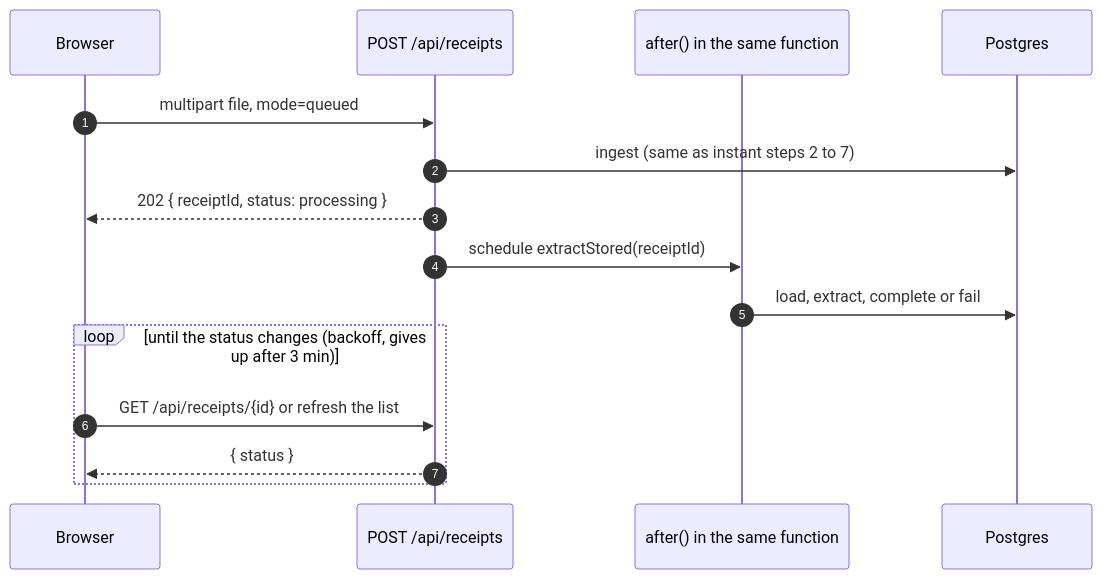
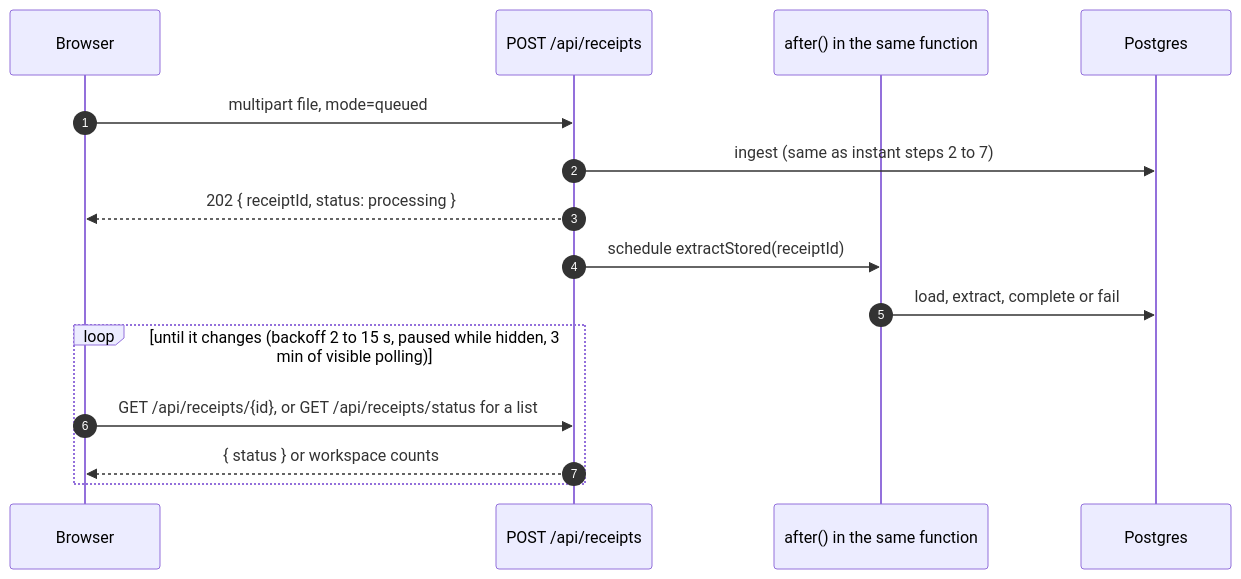
One commit to bhimrazy/receipt-ocr-app changed the second of 3 diagrams in docs/architecture/flows/upload-and-extraction.md. Above: the diagram before and after it, drawn with Mermaid. The commit also changed other lines of this file and 9 other files, not shown here.

First line of the commit message:
docs(architecture): apply accuracy review, cover #31 and #32

````diff
--- a/docs/architecture/flows/upload-and-extraction.md
+++ b/docs/architecture/flows/upload-and-extraction.md
@@ -85,18 +85,18 @@
 ```mermaid
 sequenceDiagram
   autonumber
   participant B as Browser
   participant R as POST /api/receipts
   participant A as after() in the same function
   participant DB as Postgres
 
   B->>R: multipart file, mode=queued
   R->>DB: ingest (same as instant steps 2 to 7)
   R-->>B: 202 { receiptId, status: processing }
   R->>A: schedule extractStored(receiptId)
   A->>DB: load, extract, complete or fail
-  loop until the status changes (backoff, gives up after 3 min)
-    B->>R: GET /api/receipts/{id} or refresh the list
-    R-->>B: { status }
+  loop until it changes (backoff 2 to 15 s, paused while hidden, 3 min of visible polling)
+    B->>R: GET /api/receipts/{id}, or GET /api/receipts/status for a list
+    R-->>B: { status } or workspace counts
   end
 ```
````
